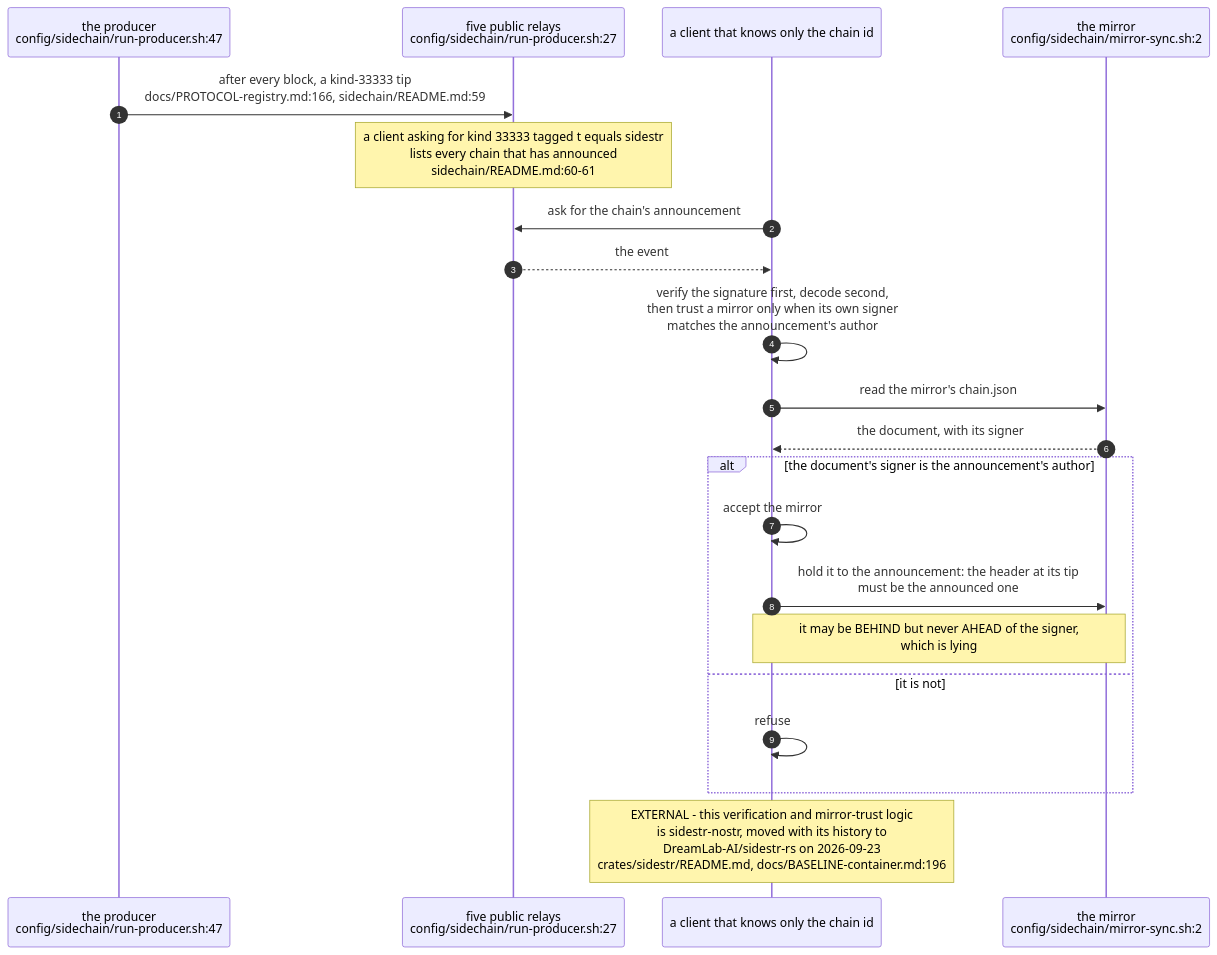
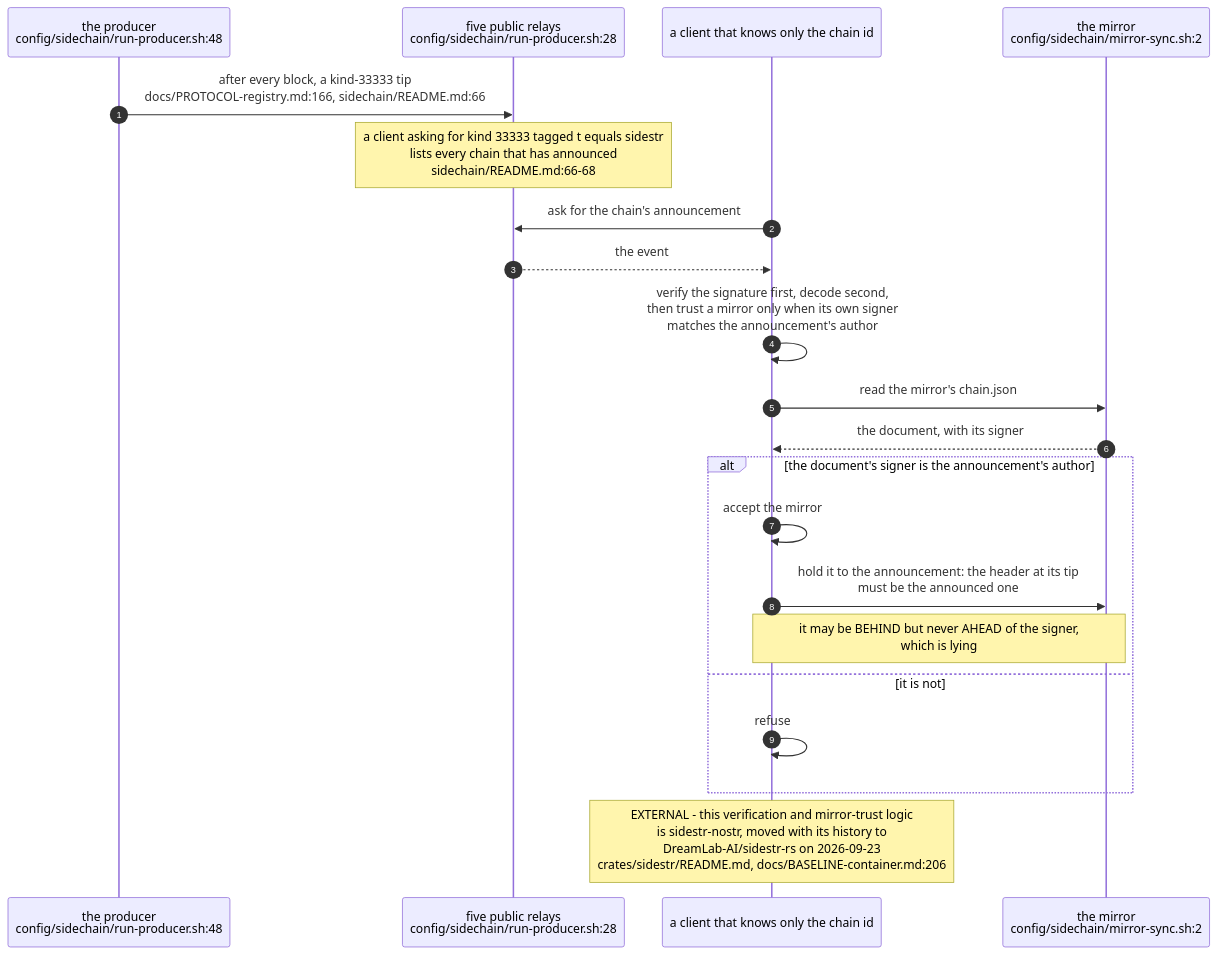
The second of 5 diagrams in docs/diagrams/agentbox/34-sidestr-interim-producer-and-mirror.md (DreamLab-AI/VisionFlow), drawn with Mermaid before and after one commit. The commit also changed other lines of this file and 94 other files, not shown here.

First line of the commit message:
docs(diagrams): re-verify 130 topics against 2 October HEADs

````diff
--- a/docs/diagrams/agentbox/34-sidestr-interim-producer-and-mirror.md
+++ b/docs/diagrams/agentbox/34-sidestr-interim-producer-and-mirror.md
@@ -69,24 +82,24 @@
 ```mermaid
 sequenceDiagram
     autonumber
-    participant PR as the producer<br/>config/sidechain/run-producer.sh:47
-    participant RL as five public relays<br/>config/sidechain/run-producer.sh:27
+    participant PR as the producer<br/>config/sidechain/run-producer.sh:48
+    participant RL as five public relays<br/>config/sidechain/run-producer.sh:28
     participant CL as a client that knows only the chain id
     participant MI as the mirror<br/>config/sidechain/mirror-sync.sh:2
 
-    PR->>RL: after every block, a kind-33333 tip<br/>docs/PROTOCOL-registry.md:166, sidechain/README.md:59
-    Note over RL: a client asking for kind 33333 tagged t equals sidestr<br/>lists every chain that has announced<br/>sidechain/README.md:60-61
+    PR->>RL: after every block, a kind-33333 tip<br/>docs/PROTOCOL-registry.md:166, sidechain/README.md:66
+    Note over RL: a client asking for kind 33333 tagged t equals sidestr<br/>lists every chain that has announced<br/>sidechain/README.md:66-68
     CL->>RL: ask for the chain's announcement
     RL-->>CL: the event
     CL->>CL: verify the signature first, decode second,<br/>then trust a mirror only when its own signer<br/>matches the announcement's author
     CL->>MI: read the mirror's chain.json
     MI-->>CL: the document, with its signer
     alt the document's signer is the announcement's author
         CL->>CL: accept the mirror
         CL->>MI: hold it to the announcement: the header at its tip<br/>must be the announced one
         Note over CL,MI: it may be BEHIND but never AHEAD of the signer,<br/>which is lying
     else it is not
         CL->>CL: refuse
     end
-    Note over CL: EXTERNAL - this verification and mirror-trust logic<br/>is sidestr-nostr, moved with its history to<br/>DreamLab-AI/sidestr-rs on 2026-09-23<br/>crates/sidestr/README.md, docs/BASELINE-container.md:196
+    Note over CL: EXTERNAL - this verification and mirror-trust logic<br/>is sidestr-nostr, moved with its history to<br/>DreamLab-AI/sidestr-rs on 2026-09-23<br/>crates/sidestr/README.md, docs/BASELINE-container.md:206
 ```
````
